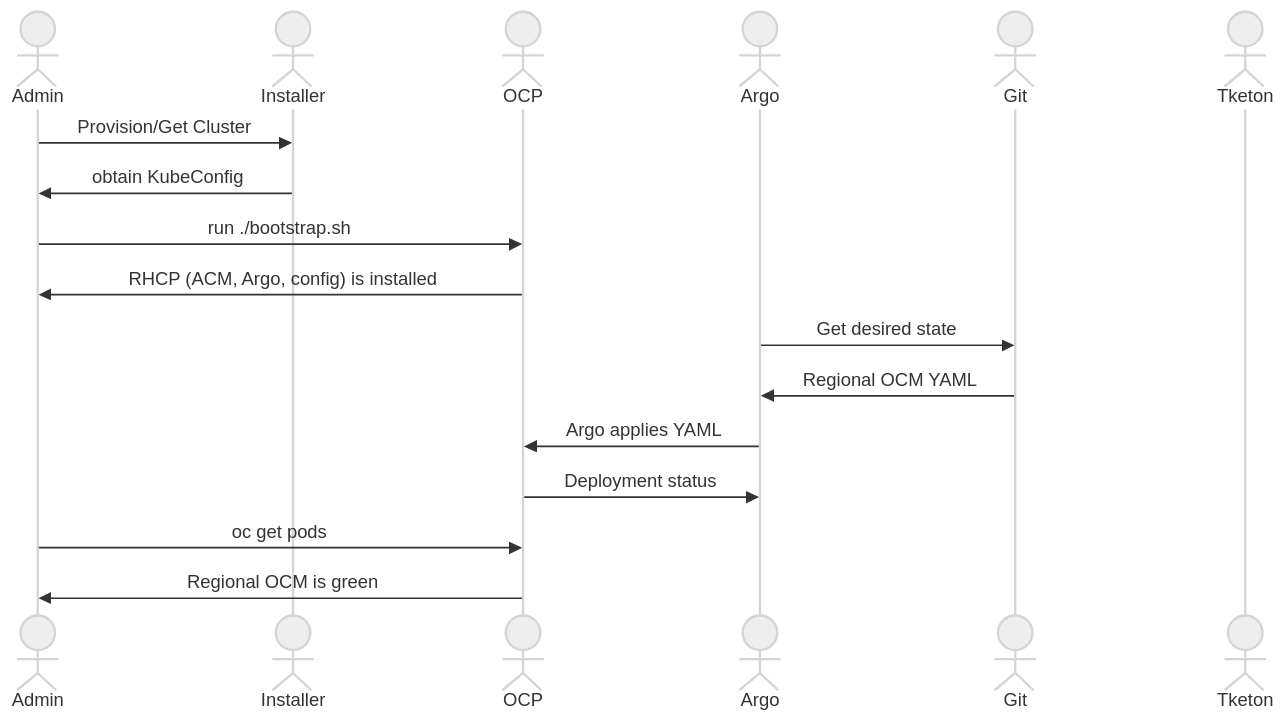
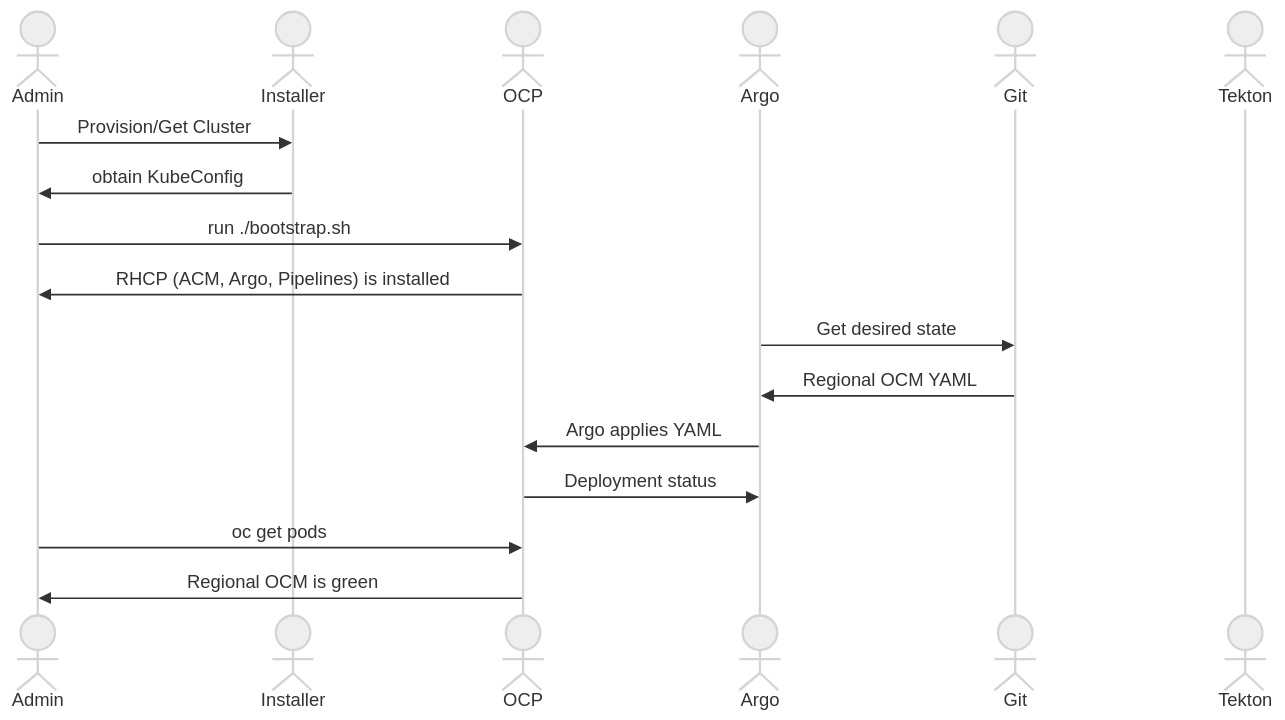
Before and after one commit to openshift-online/bootstrap: the diagram in README.md, drawn with Mermaid (neutral theme). The commit also changed other lines of this file and 1 other file, not shown here.

````diff
--- a/README.md
+++ b/README.md
@@ -37,25 +55,25 @@
 ```mermaid
 sequenceDiagram
    actor Admin
    actor Installer
    actor OCP
    actor Argo
    actor Git
-   actor Tketon
+   actor Tekton
    
    Admin->>Installer: Provision/Get Cluster
    Installer->>Admin: obtain KubeConfig
    
    Admin->>OCP: run ./bootstrap.sh
-   OCP->>Admin: RHCP (ACM, Argo, config) is installed
+   OCP->>Admin: RHCP (ACM, Argo, Pipelines) is installed
       
    Argo->>Git: Get desired state
    Git->>Argo: Regional OCM YAML
    
    Argo->>OCP: Argo applies YAML
    OCP->>Argo: Deployment status
    
    Admin->>OCP: oc get pods 
    OCP->>Admin: Regional OCM is green 
     
 ```
````
